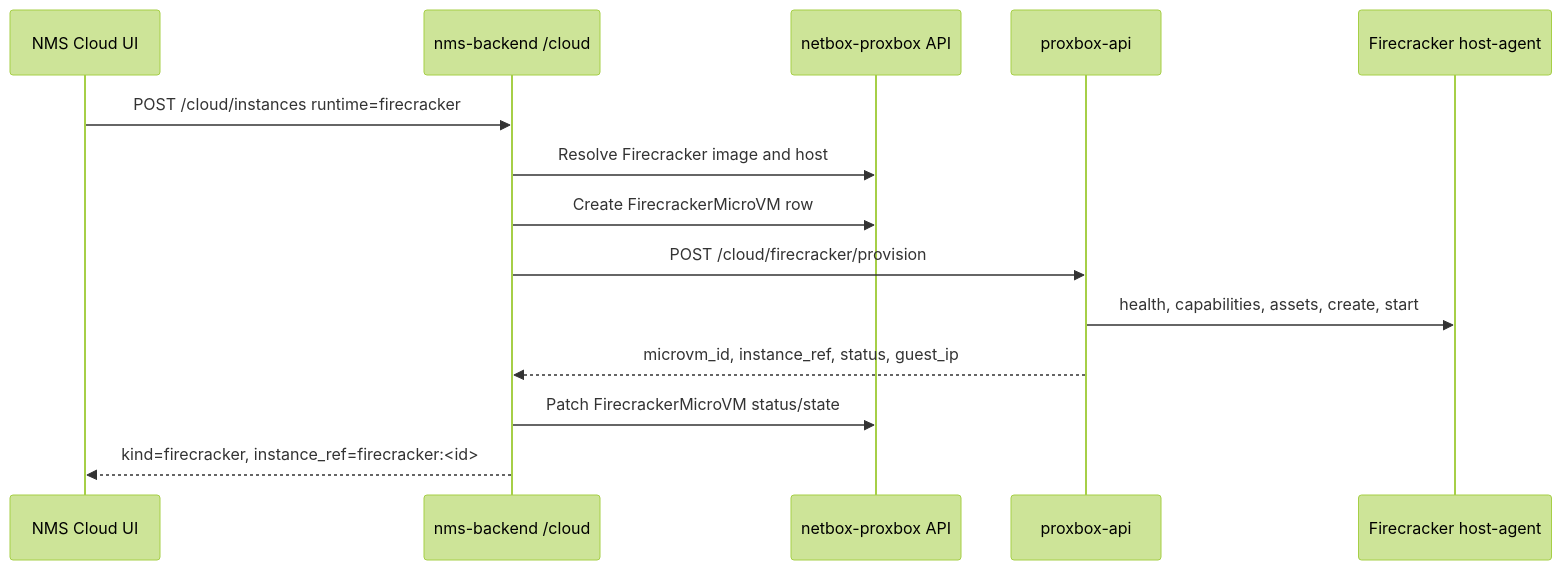
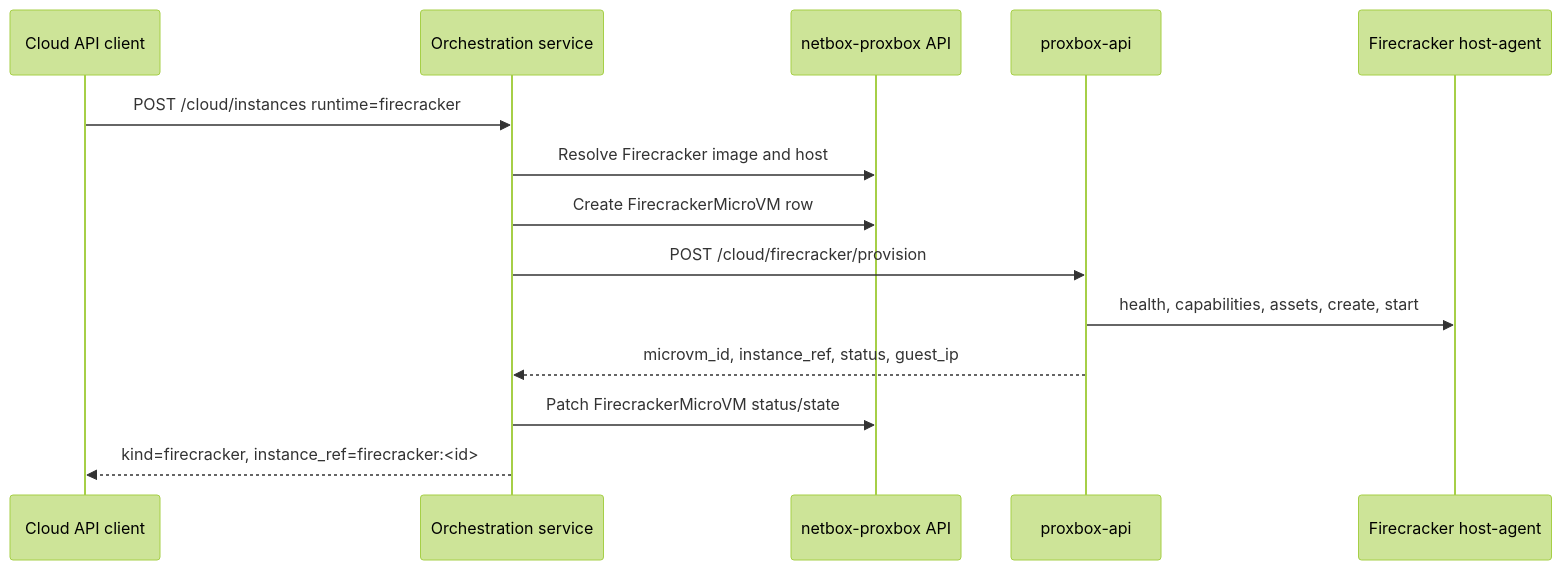
One commit to emersonfelipesp/netbox-proxbox changed the diagram in docs/features/firecracker.md. Above: the diagram before and after it, drawn with Mermaid (forest theme). The commit also changed other lines of this file and 114 other files, not shown here.

````diff
--- a/docs/features/firecracker.md
+++ b/docs/features/firecracker.md
@@ -18,17 +18,17 @@
 ```mermaid
 sequenceDiagram
-    participant NMS as NMS Cloud UI
-    participant Backend as nms-backend /cloud
+    participant Client as Cloud API client
+    participant Backend as Orchestration service
     participant Plugin as netbox-proxbox API
     participant Proxbox as proxbox-api
     participant Agent as Firecracker host-agent
 
-    NMS->>Backend: POST /cloud/instances runtime=firecracker
+    Client->>Backend: POST /cloud/instances runtime=firecracker
     Backend->>Plugin: Resolve Firecracker image and host
     Backend->>Plugin: Create FirecrackerMicroVM row
     Backend->>Proxbox: POST /cloud/firecracker/provision
     Proxbox->>Agent: health, capabilities, assets, create, start
     Proxbox-->>Backend: microvm_id, instance_ref, status, guest_ip
     Backend->>Plugin: Patch FirecrackerMicroVM status/state
-    Backend-->>NMS: kind=firecracker, instance_ref=firecracker:<id>
+    Backend-->>Client: kind=firecracker, instance_ref=firecracker:<id>
 ```
````
